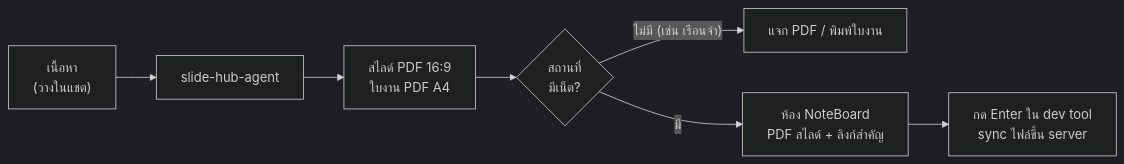
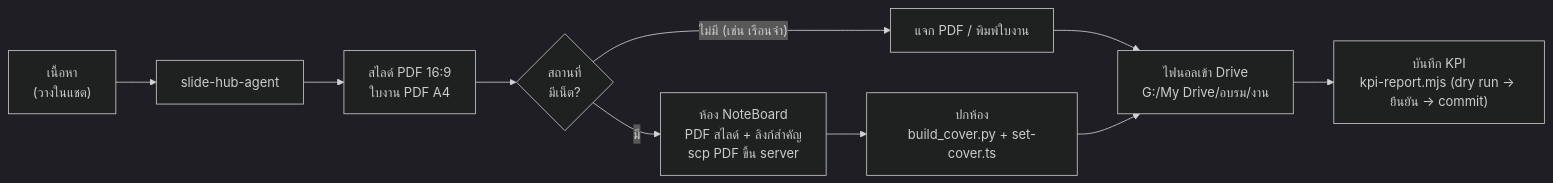
The first of 2 diagrams in README.md (X66CLRF/academicforward), drawn with Mermaid (dark theme) before and after one commit. The commit also changed other lines of this file, not shown here.

Commit message:
docs(readme): show linked design flow ending in NoteBoard cover, Drive finals and KPI

````diff
--- a/README.md
+++ b/README.md
@@ -76,9 +79,12 @@
 ```mermaid
 flowchart LR
     A["เนื้อหา<br/>(วางในแชต)"] --> B["slide-hub-agent"]
     B --> C["สไลด์ PDF 16:9<br/>ใบงาน PDF A4"]
     C --> D{"สถานที่<br/>มีเน็ต?"}
     D -- "ไม่มี (เช่น เรือนจำ)" --> E["แจก PDF / พิมพ์ใบงาน"]
-    D -- "มี" --> F["ห้อง NoteBoard<br/>PDF สไลด์ + ลิงก์สำคัญ"]
-    F --> G["กด Enter ใน dev tool<br/>sync ไฟล์ขึ้น server"]
+    D -- "มี" --> F["ห้อง NoteBoard<br/>PDF สไลด์ + ลิงก์สำคัญ<br/>scp PDF ขึ้น server"]
+    F --> G["ปกห้อง<br/>build_cover.py + set-cover.ts"]
+    E --> H["ไฟนอลเข้า Drive<br/>G:/My Drive/อบรม/งาน"]
+    G --> H
+    H --> I["บันทึก KPI<br/>kpi-report.mjs (dry run → ยืนยัน → commit)"]
 ```
````
